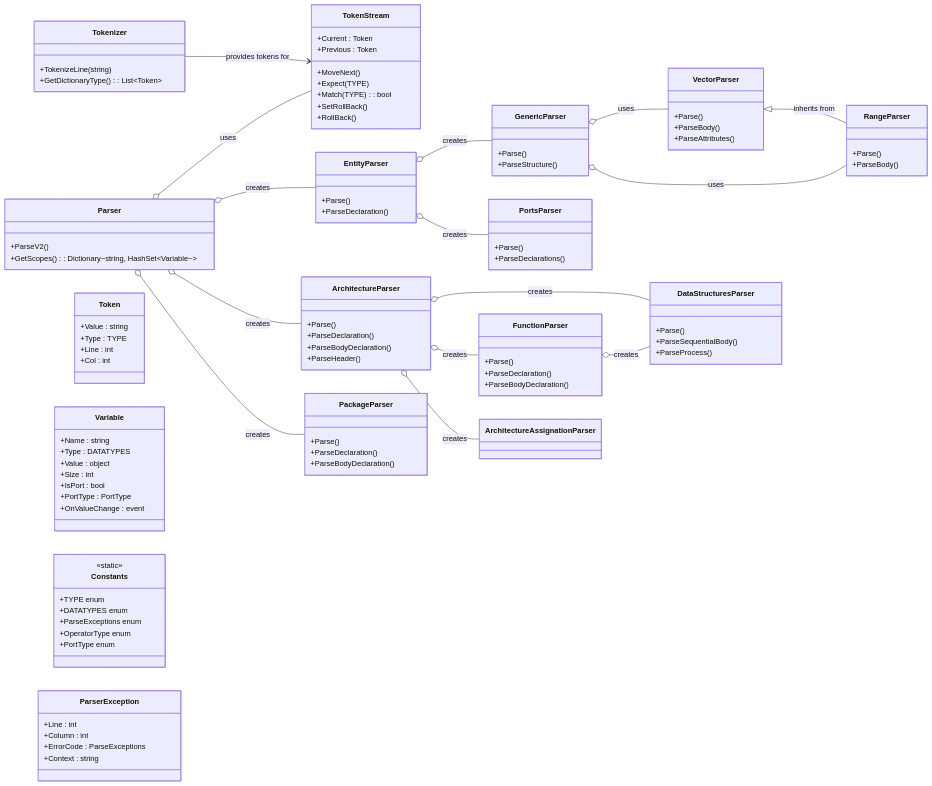
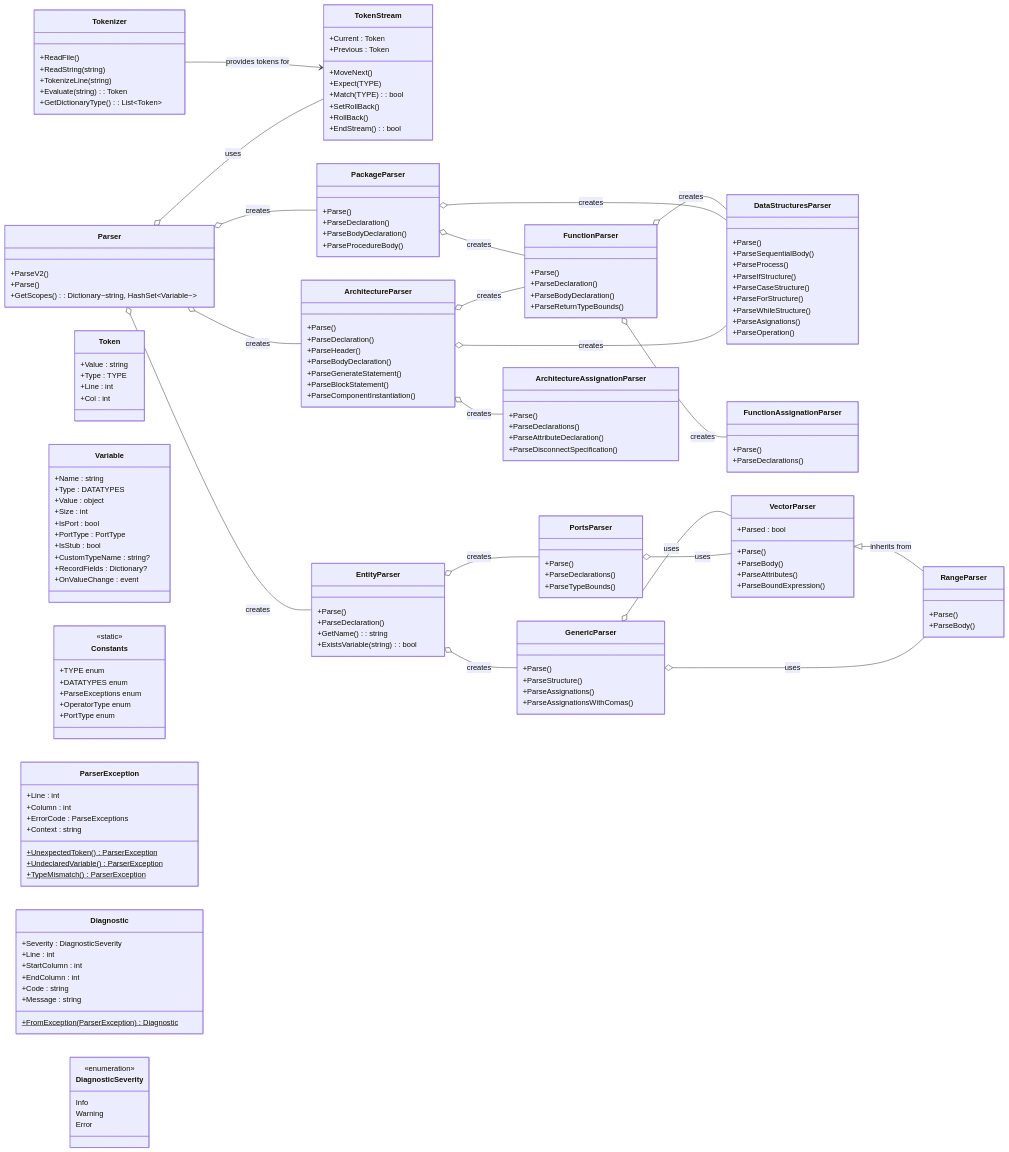
One commit to Kmila9s/Parser changed the second of 4 diagrams in README.md. Above: the diagram before and after it, drawn with Mermaid. The commit also changed other lines of this file and 21 other files, not shown here.

```diff
--- a/README.md
+++ b/README.md
@@ -292,11 +294,15 @@
 
     class Parser {
         +ParseV2()
+        +Parse()
         +GetScopes() : Dictionary~string, HashSet~Variable~~
     }
 
     class Tokenizer {
+        +ReadFile()
+        +ReadString(string)
         +TokenizeLine(string)
+        +Evaluate(string) : Token
         +GetDictionaryType() : List~Token~
     }
 
@@ -308,52 +314,83 @@
         +Match(TYPE) : bool
         +SetRollBack()
         +RollBack()
+        +EndStream() : bool
     }
 
     class EntityParser {
         +Parse()
         +ParseDeclaration()
+        +GetName() : string
+        +ExistsVariable(string) : bool
     }
 
     class ArchitectureParser {
         +Parse()
         +ParseDeclaration()
+        +ParseHeader()
         +ParseBodyDeclaration()
-        +ParseHeader()
+        +ParseGenerateStatement()
+        +ParseBlockStatement()
+        +ParseComponentInstantiation()
     }
 
     class PackageParser {
         +Parse()
         +ParseDeclaration()
         +ParseBodyDeclaration()
+        +ParseProcedureBody()
     }
 
     class DataStructuresParser {
         +Parse()
         +ParseSequentialBody()
         +ParseProcess()
+        +ParseIfStructure()
+        +ParseCaseStructure()
+        +ParseForStructure()
+        +ParseWhileStructure()
+        +ParseAsignations()
+        +ParseOperation()
     }
 
     class FunctionParser {
         +Parse()
         +ParseDeclaration()
         +ParseBodyDeclaration()
+        +ParseReturnTypeBounds()
     }
 
     class GenericParser {
         +Parse()
         +ParseStructure()
+        +ParseAssignations()
+        +ParseAssignationsWithComas()
     }
 
     class PortsParser {
         +Parse()
         +ParseDeclarations()
+        +ParseTypeBounds()
+    }
+
+    class ArchitectureAssignationParser {
+        +Parse()
+        +ParseDeclarations()
+        +ParseAttributeDeclaration()
+        +ParseDisconnectSpecification()
+    }
+
+    class FunctionAssignationParser {
+        +Parse()
+        +ParseDeclarations()
     }
 
     class VectorParser {
+        +Parsed : bool
         +Parse()
         +ParseBody()
         +ParseAttributes()
+        +ParseBoundExpression()
     }
 
     class RangeParser {
@@ -375,6 +412,9 @@
             +Size : int
             +IsPort : bool
             +PortType : PortType
+            +IsStub : bool
+            +CustomTypeName : string?
+            +RecordFields : Dictionary?
             +OnValueChange : event
         }
         class Constants {
@@ -390,6 +430,24 @@
             +Column : int
             +ErrorCode : ParseExceptions
             +Context : string
+            +UnexpectedToken()$ ParserException
+            +UndeclaredVariable()$ ParserException
+            +TypeMismatch()$ ParserException
+        }
+        class Diagnostic {
+            +Severity : DiagnosticSeverity
+            +Line : int
+            +StartColumn : int
+            +EndColumn : int
+            +Code : string
+            +Message : string
+            +FromException(ParserException)$ Diagnostic
+        }
+        class DiagnosticSeverity {
+            <<enumeration>>
+            Info
+            Warning
+            Error
         }
     end
 
@@ -406,8 +464,13 @@
     ArchitectureParser o-- FunctionParser : creates
     ArchitectureParser o-- ArchitectureAssignationParser : creates
 
+    PackageParser o-- DataStructuresParser : creates
+    PackageParser o-- FunctionParser : creates
+
     FunctionParser o-- DataStructuresParser : creates
+    FunctionParser o-- FunctionAssignationParser : creates
 
+    PortsParser o-- VectorParser : uses
     GenericParser o-- VectorParser : uses
     GenericParser o-- RangeParser : uses
 
```
